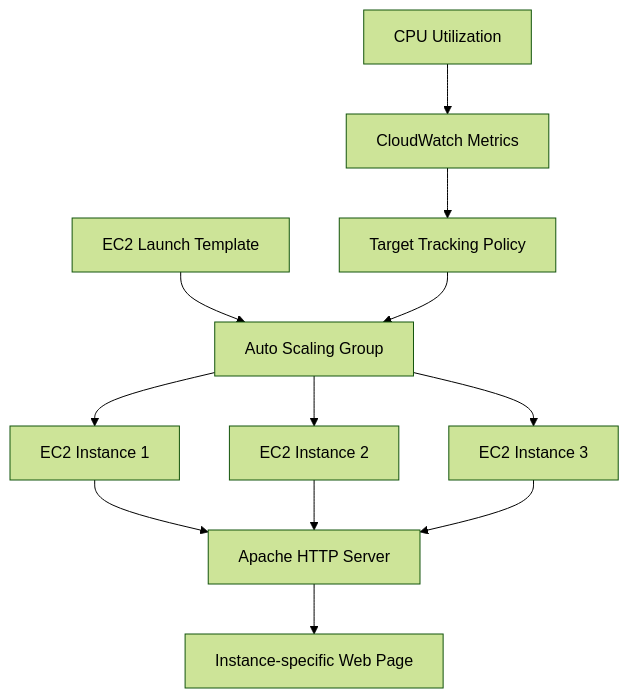
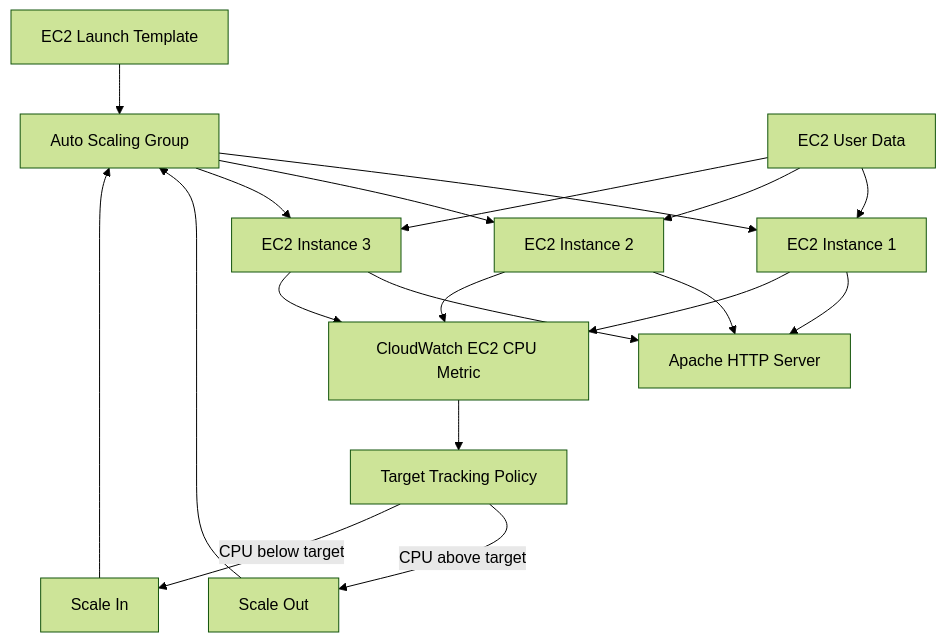
Before and after one commit to atharvpawar1506-spec/AWS-Auto-Scaling-Web-Server: the diagram in README.md, drawn with Mermaid (forest theme). The commit also changed other lines of this file, not shown here.

````diff
--- a/README.md
+++ b/README.md
@@ -34,17 +45,26 @@
 ```mermaid
 flowchart TD
     A[EC2 Launch Template] --> B[Auto Scaling Group]
     B --> C[EC2 Instance 1]
     B --> D[EC2 Instance 2]
     B --> E[EC2 Instance 3]
 
-    C --> F[Apache HTTP Server]
-    D --> F
-    E --> F
+    LT[EC2 User Data] --> C
+    LT --> D
+    LT --> E
 
-    F --> G[Instance-specific Web Page]
+    C --> W[Apache HTTP Server]
+    D --> W
+    E --> W
 
-    H[CPU Utilization] --> I[CloudWatch Metrics]
-    I --> J[Target Tracking Policy]
-    J --> B
+    C --> CW[CloudWatch EC2 CPU Metric]
+    D --> CW
+    E --> CW
+
+    CW --> P[Target Tracking Policy]
+    P -->|CPU above target| SO[Scale Out]
+    P -->|CPU below target| SI[Scale In]
+
+    SO --> B
+    SI --> B
 ```
````
